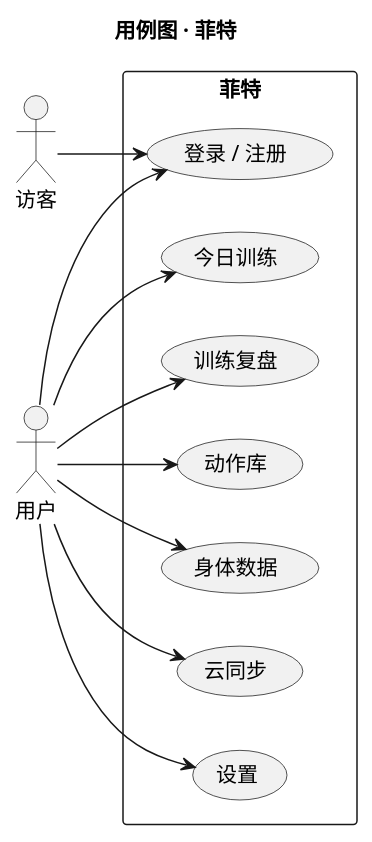
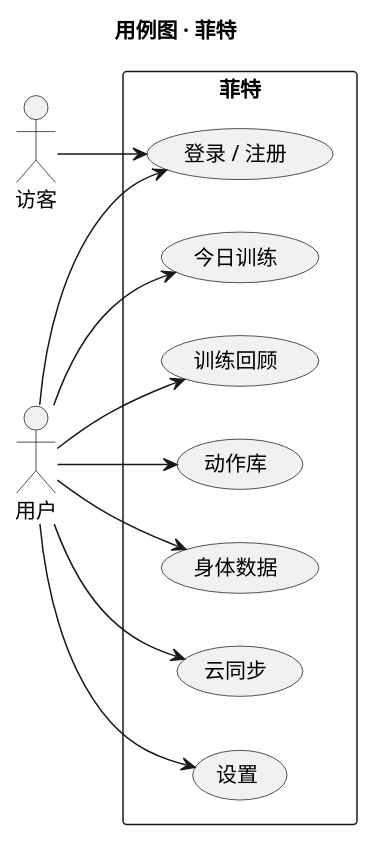
Before and after one commit to EarthxxRhythm/FitTracker: the second of 4 diagrams in docs/architecture/fittracker.puml, drawn with PlantUML. The commit also changed 192 other files, not shown here.

```diff
--- a/docs/architecture/fittracker.puml
+++ b/docs/architecture/fittracker.puml
@@ -20,24 +20,24 @@
 @startuml use-case
 skinparam defaultFontName "Microsoft YaHei"
 left to right direction
 title 用例图 · 菲特
 actor "访客" as guest
 actor "用户" as user
 rectangle 菲特 {
   usecase "登录 / 注册" as uc1
   usecase "今日训练" as uc2
-  usecase "训练复盘" as uc3
+  usecase "训练回顾" as uc3
   usecase "动作库" as uc4
   usecase "身体数据" as uc5
   usecase "云同步" as uc6
   usecase "设置" as uc7
 }
 guest --> uc1
 user --> uc1
 user --> uc2
 user --> uc3
 user --> uc4
 user --> uc5
 user --> uc6
 user --> uc7
 @enduml
```
